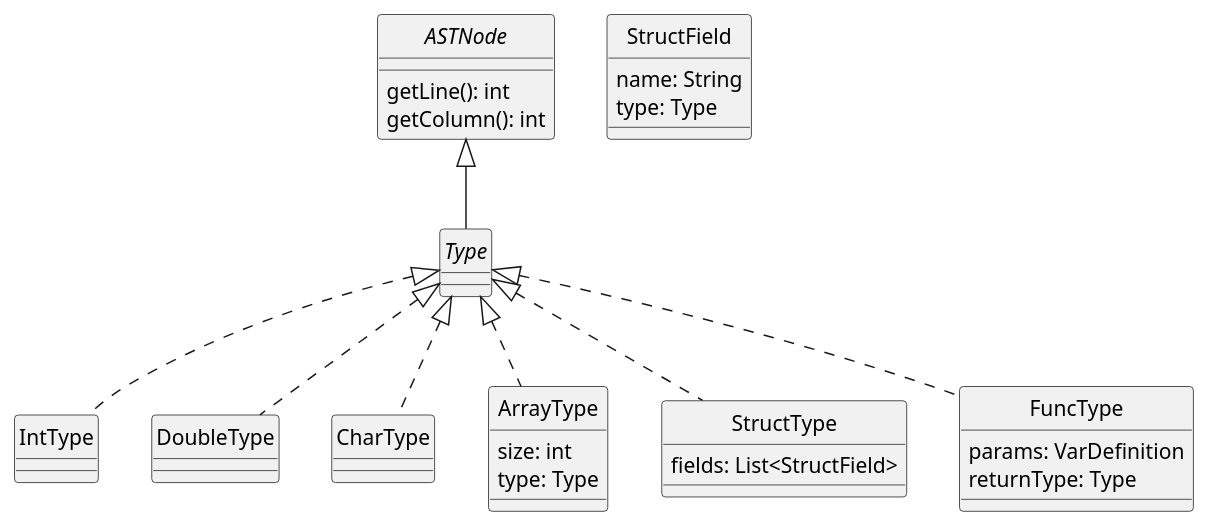
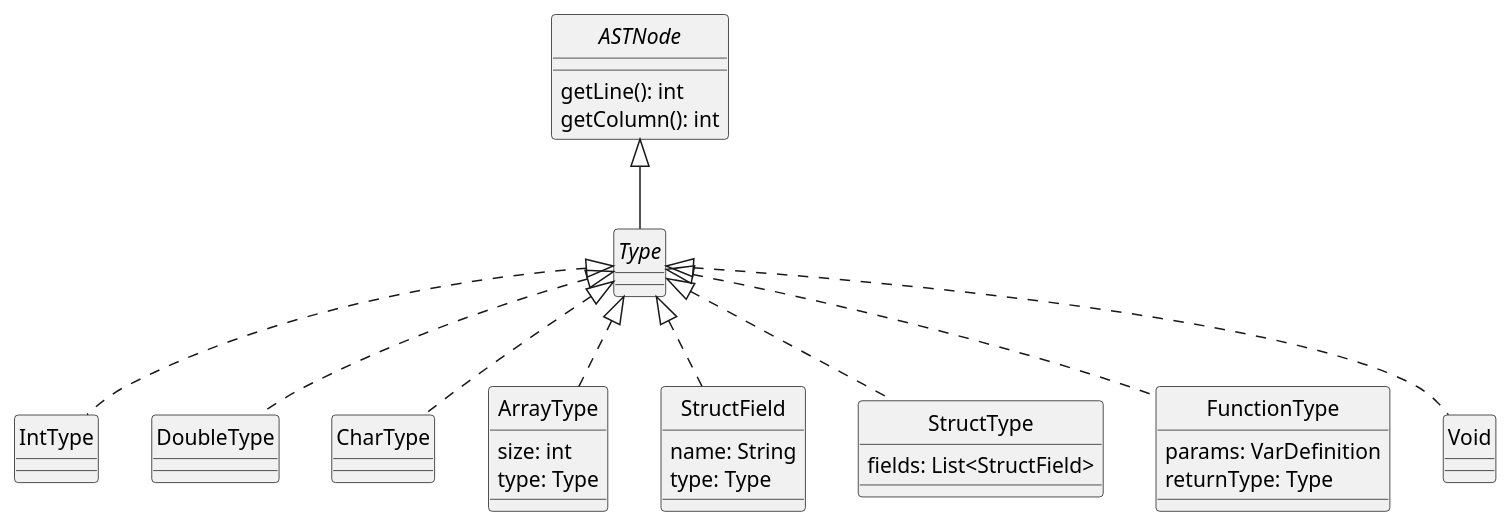
One commit to DavidGonzalezFernandez/dlp-compiler changed the diagram in docs/diagrams/types.plantuml. Above: the diagram before and after it, drawn with PlantUML.

Commit message:
Incorporación del tipo Void

```diff
--- a/docs/diagrams/types.plantuml
+++ b/docs/diagrams/types.plantuml
@@ -1,53 +1,62 @@
 @startuml Types
 skinparam style strictuml
 skinparam monochrome true
 
 interface ASTNode {
     getLine(): int
     getColumn(): int
 }
 
 interface Type
 
 ASTNode <|-- Type
 
 'Los tipos simples son: int, double, char
+Type <|.. IntType
 class IntType
+
 class DoubleType
+Type <|.. DoubleType
+
 class CharType
+Type <|.. CharType
+
 
 ' Los tipos complejos son Arrays y Structs
-
 
 /' Los arrays pueden ser creados usando [] para construir un tipo nuevo,
 debiendo especificar el tamaño del array, previo a su tipo, en su construcción '/
 class ArrayType {
     size: int
     type: Type
 }
+Type <|.. ArrayType
+
 
 class StructField {
     name: String
     type: Type
 }
+Type <|.. StructField
+
 
 ' Un registro se puede crear usando la palabra clave defstruct y definiendo una secuencia de variables
 class StructType {
-    ' TODO ¿por qué este tipo concreto?
-    fields: List<StructField>
+    fields: List<StructField>   /'¿Por qué este tipo concreto?'/
 }
+Type <|.. StructType
 
-class FuncType {
+
+class FunctionType {
     params: VarDefinition
     returnType: Type    /'Sólo se devuelven tipos simples'/
-    'TODO ¿qué pasa si el tipo de retorno es VOID?
 }
+Type <|.. FunctionType
 
-Type <|.. FuncType
-Type <|.. IntType
-Type <|.. DoubleType
-Type <|.. CharType
-Type <|.. ArrayType
-Type <|.. StructType
+
+' Las funciones tienen un tipo de retorno, pero pueden no devolver nada
+' Se necesita el tipo Void
+class Void
+Type <|.. Void
 
 @enduml
```
